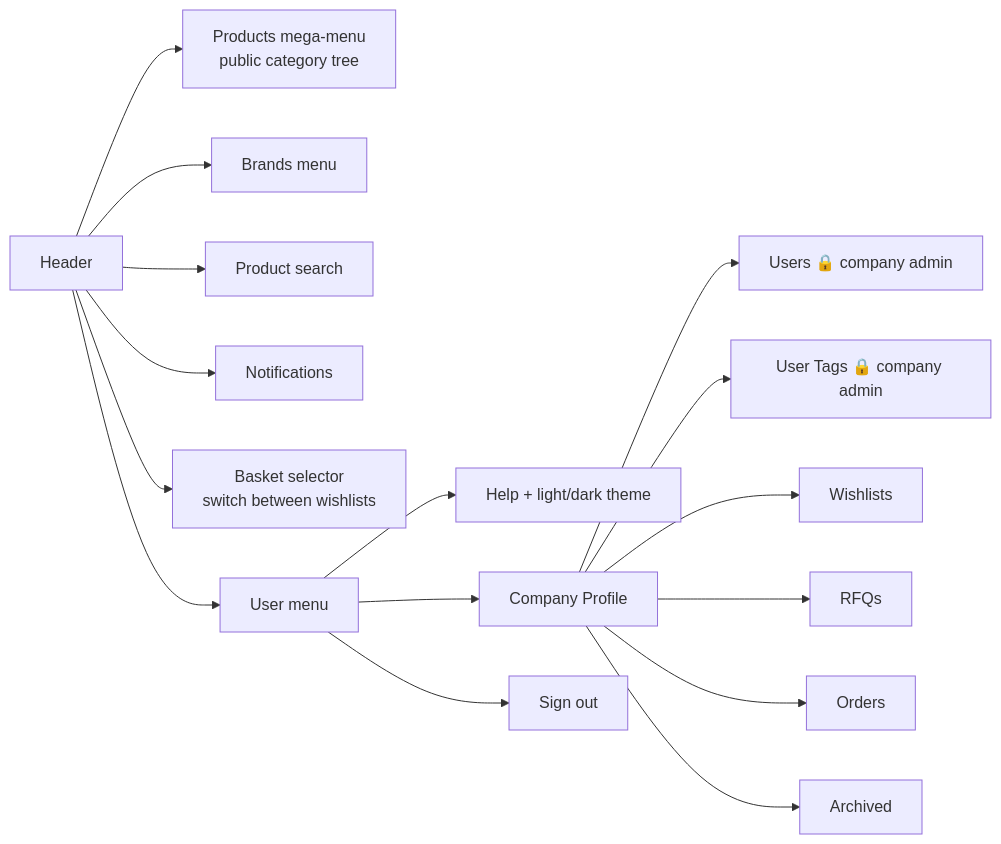
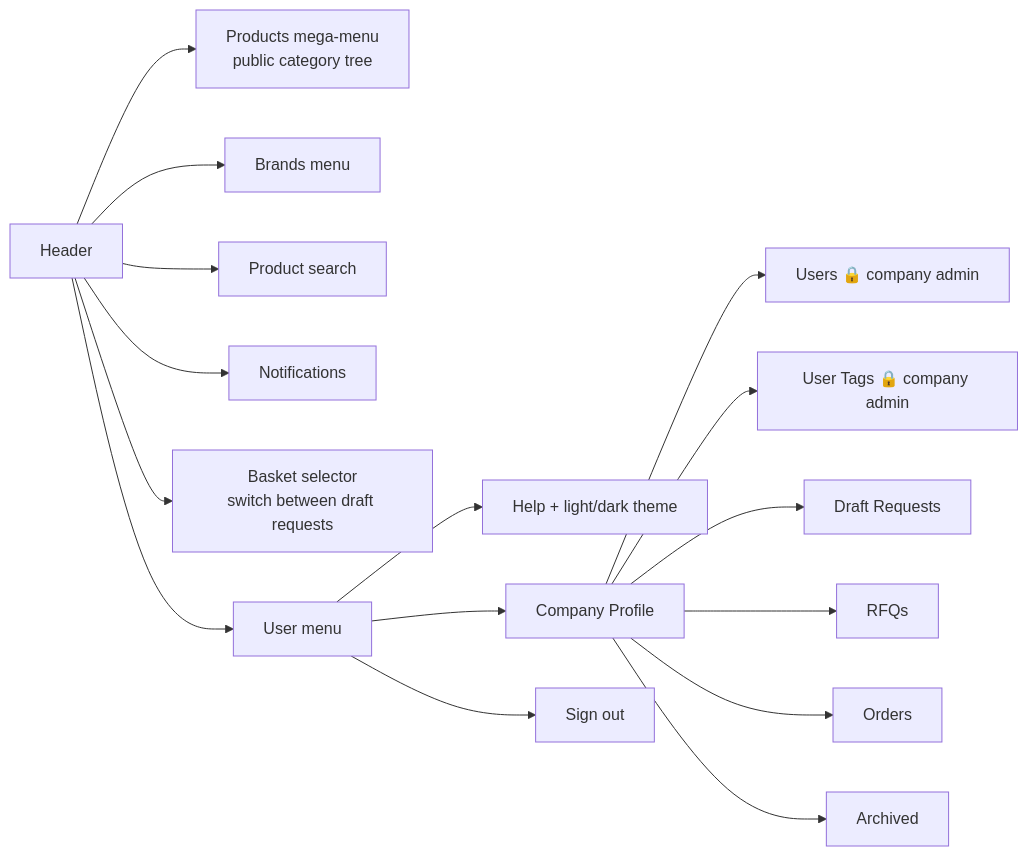
One commit to LaplaceSoftware/lp_projects_docs changed the fourth of 8 diagrams in docs/b2b_ecommerce_docs/_technical_docs/011-Navigation-and-User-Journeys.md. Above: the diagram before and after it, drawn with Mermaid. The commit also changed other lines of this file and 48 other files, not shown here.

````diff
--- a/docs/b2b_ecommerce_docs/_technical_docs/011-Navigation-and-User-Journeys.md
+++ b/docs/b2b_ecommerce_docs/_technical_docs/011-Navigation-and-User-Journeys.md
@@ -114,20 +114,20 @@
 ```mermaid
 flowchart LR
     H["Header"] --> PR["Products mega-menu<br/>public category tree"]
     H --> BR["Brands menu"]
     H --> SE["Product search"]
     H --> NO["Notifications"]
-    H --> BA["Basket selector<br/>switch between wishlists"]
+    H --> BA["Basket selector<br/>switch between draft requests"]
     H --> UM["User menu"]
 
     UM --> TH["Help + light/dark theme"]
     UM --> CP["Company Profile"]
     UM --> LO["Sign out"]
 
     CP --> T1["Users 🔒 company admin"]
     CP --> T2["User Tags 🔒 company admin"]
-    CP --> T3["Wishlists"]
+    CP --> T3["Draft Requests"]
     CP --> T4["RFQs"]
     CP --> T5["Orders"]
     CP --> T6["Archived"]
 ```
````
